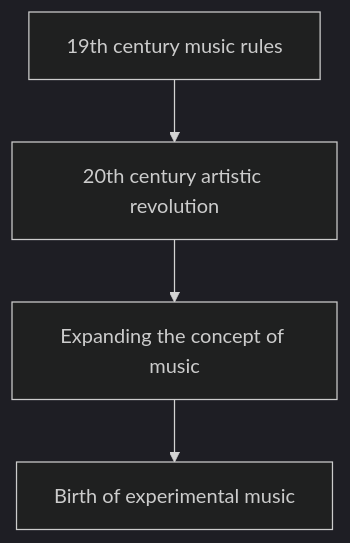
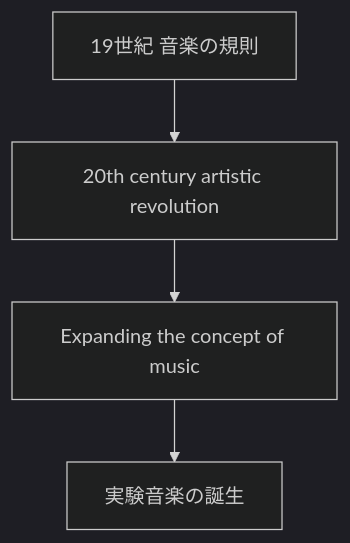
Before and after one commit to monumental-movement/monumental-movement.github.io: the first of 5 diagrams in en/_posts/2026-03-13-column-why-experimental-music-scares-people.md, drawn with Mermaid (dark theme). The commit also changed other lines of this file and 2196 other files, not shown here.

```diff
--- a/en/_posts/2026-03-13-column-why-experimental-music-scares-people.md
+++ b/en/_posts/2026-03-13-column-why-experimental-music-scares-people.md
@@ -45,6 +45,6 @@
 <div class="mermaid">
 graph TD
-A[19th century music rules] --> B[20th century artistic revolution]
+A[19世紀 音楽の規則] --> B[20th century artistic revolution]
 B --> C[Expanding the concept of music]
-C --> D[Birth of experimental music]
+C --> D[実験音楽の誕生]
 </div>
```
